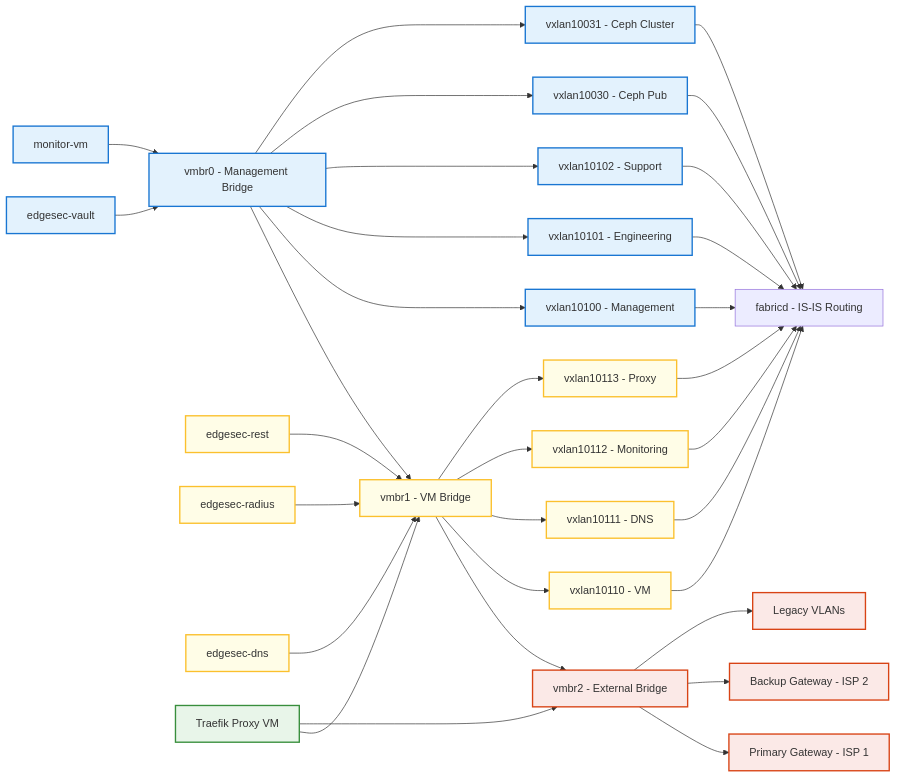
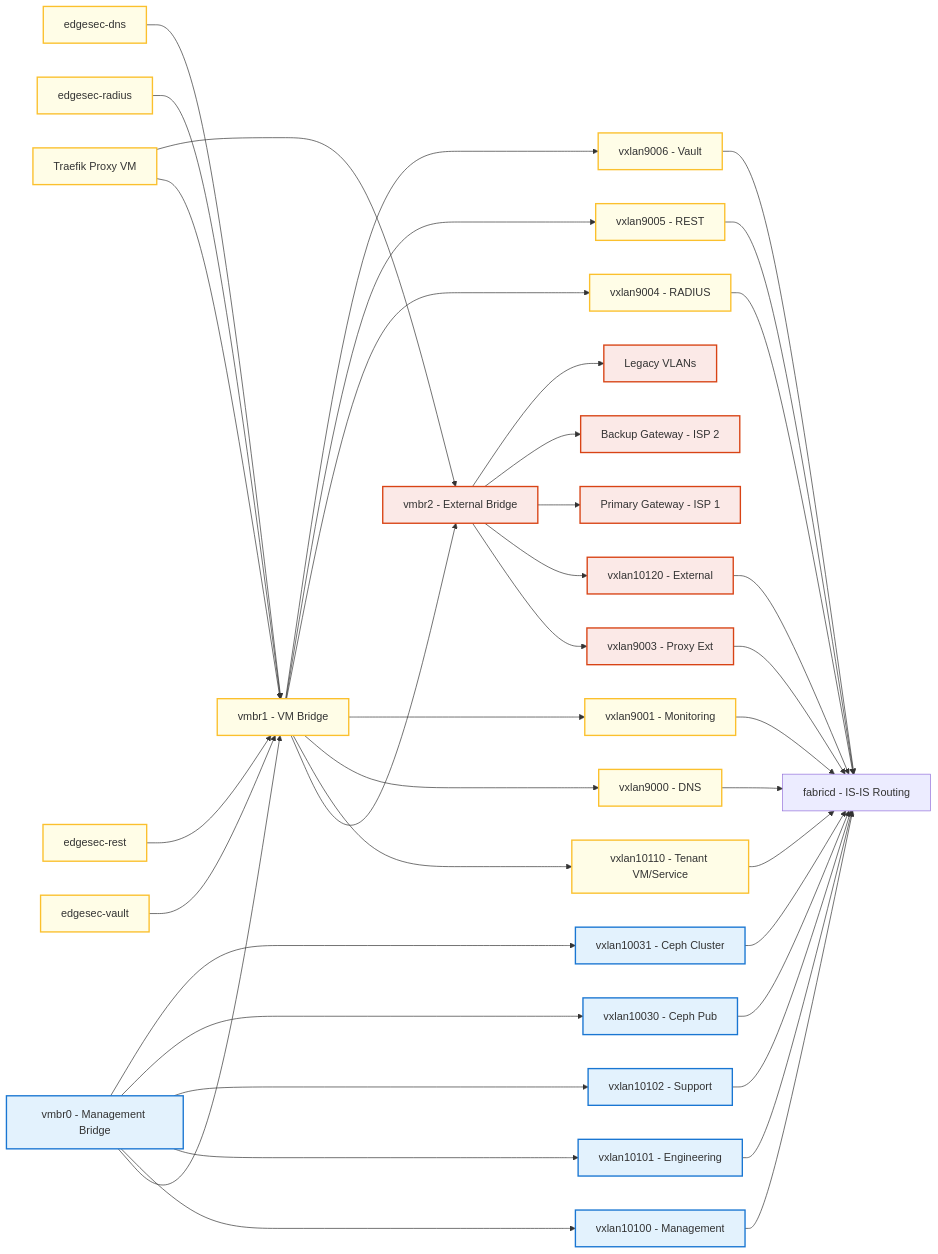
The diagram in blob/mmd/edgesec-single-tenant-bridges.mmd (CEP-Comwell/proxmox_addons), drawn with Mermaid before and after one commit. The commit also changed 2 other files, not shown here.

Commit message:
updated mermaid diagram based on vxlan updates

````diff
--- a/blob/mmd/edgesec-single-tenant-bridges.mmd
+++ b/blob/mmd/edgesec-single-tenant-bridges.mmd
@@ -8,9 +8,9 @@
   VMBridge[vmbr1 - VM Bridge]
   ExtBridge[vmbr2 - External Bridge]
 
+
   %% Services
   VaultVM[edgesec-vault]
-  MonitorVM[monitor-vm]
   RestVM[edgesec-rest]
   RadiusVM[edgesec-radius]
   DNSVM[edgesec-dns]
@@ -20,10 +20,14 @@
   VX10100[vxlan10100 - Management]
   VX10101[vxlan10101 - Engineering]
   VX10102[vxlan10102 - Support]
-  VX10110[vxlan10110 - VM]
-  VX10111[vxlan10111 - DNS]
-  VX10112[vxlan10112 - Monitoring]
-  VX10113[vxlan10113 - Proxy]
+  VX10110[vxlan10110 - Tenant VM/Service]
+  VX9000[vxlan9000 - DNS]
+  VX9001[vxlan9001 - Monitoring]
+  VX9004[vxlan9004 - RADIUS]
+  VX9005[vxlan9005 - REST]
+  VX9006[vxlan9006 - Vault]
+  VX9003[vxlan9003 - Proxy Ext]
+  VX10120[vxlan10120 - External]
   VXCEPH1[vxlan10030 - Ceph Pub]
   VXCEPH2[vxlan10031 - Ceph Cluster]
 
@@ -36,38 +40,52 @@
   %% Explicit bridge ordering
   MgmtBridge --> VMBridge --> ExtBridge
 
+
   %% Service VMs to bridges
-  VaultVM --> MgmtBridge
-  MonitorVM --> MgmtBridge
+  VaultVM --> VMBridge
   RestVM --> VMBridge
   RadiusVM --> VMBridge
   DNSVM --> VMBridge
   ProxyVM --> VMBridge
   ProxyVM --> ExtBridge
 
-  %% VM Bridge overlays
+
+  %% VM Bridge overlays (tenant/service and core services)
   VMBridge --> VX10110
-  VMBridge --> VX10111
-  VMBridge --> VX10112
-  VMBridge --> VX10113
+  VMBridge --> VX9000
+  VMBridge --> VX9001
+  VMBridge --> VX9004
+  VMBridge --> VX9005
+  VMBridge --> VX9006
 
-  %% Management Bridge overlays
+
+  %% Management Bridge overlays (management, engineering, support, storage)
   MgmtBridge --> VX10100
   MgmtBridge --> VX10101
   MgmtBridge --> VX10102
   MgmtBridge --> VXCEPH1
   MgmtBridge --> VXCEPH2
 
+
   %% VXLANs to fabricd
   VX10100 --> Fabricd
   VX10101 --> Fabricd
   VX10102 --> Fabricd
   VX10110 --> Fabricd
-  VX10111 --> Fabricd
-  VX10112 --> Fabricd
-  VX10113 --> Fabricd
+  VX9000 --> Fabricd
+  VX9001 --> Fabricd
+  VX9004 --> Fabricd
+  VX9005 --> Fabricd
+  VX9006 --> Fabricd
+  VX9003 --> Fabricd
+  VX10120 --> Fabricd
   VXCEPH1 --> Fabricd
   VXCEPH2 --> Fabricd
+
+
+  %% External Bridge overlays (external, proxy_ext)
+  ExtBridge --> VX9003
+  ExtBridge --> VX10120
 
   %% External Bridge to Gateways
   ExtBridge --> Gateway1
@@ -82,8 +100,7 @@
   classDef ext fill:#fbe9e7,stroke:#d84315,stroke-width:2px;
   classDef proxy fill:#e8f5e9,stroke:#388e3c,stroke-width:2px;
 
-  class MgmtBridge,VaultVM,MonitorVM,VX10100,VX10101,VX10102,VXCEPH1,VXCEPH2 mgmt;
-  class VMBridge,RestVM,RadiusVM,DNSVM,VX10110,VX10111,VX10112,VX10113 vm;
-  class ExtBridge,Gateway1,Gateway2,LegacyVLAN ext;
-  class ProxyVM proxy;
+  class MgmtBridge,VX10100,VX10101,VX10102,VXCEPH1,VXCEPH2 mgmt;
+  class VMBridge,VaultVM,RestVM,RadiusVM,DNSVM,ProxyVM,VX10110,VX9000,VX9001,VX9004,VX9005,VX9006 vm;
+  class ExtBridge,Gateway1,Gateway2,LegacyVLAN,VX9003,VX10120 ext;
 ```
````
